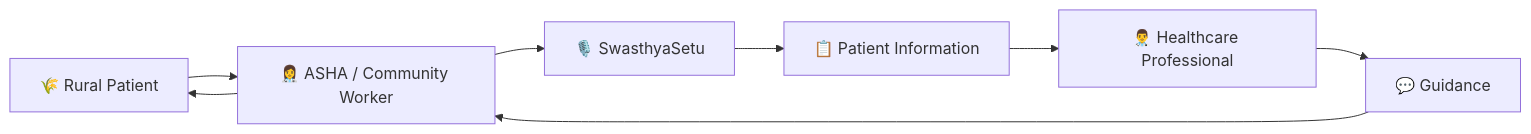
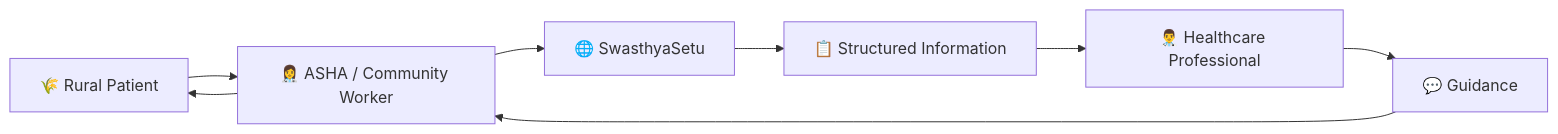
One commit to anshika-dev23/Swasthya-Setu changed the fourth of 8 diagrams in README.md. Above: the diagram before and after it, drawn with Mermaid. The commit also changed other lines of this file, not shown here.

````diff
--- a/README.md
+++ b/README.md
@@ -445,18 +418,18 @@
 ```mermaid
 flowchart LR
 
-A["🌾 Rural Patient"]
---> B["👩‍⚕️ ASHA / Community Worker"]
+P["🌾 Rural Patient"]
+--> A["👩‍⚕️ ASHA / Community Worker"]
 
-B --> C["🎙️ SwasthyaSetu"]
+A --> S["🌐 SwasthyaSetu"]
 
-C --> D["📋 Patient Information"]
+S --> R["📋 Structured Information"]
 
-D --> E["👨‍⚕️ Healthcare Professional"]
+R --> D["👨‍⚕️ Healthcare Professional"]
 
-E --> F["💬 Guidance"]
+D --> G["💬 Guidance"]
 
-F --> B
+G --> A
 
-B --> A
+A --> P
 ```
````
